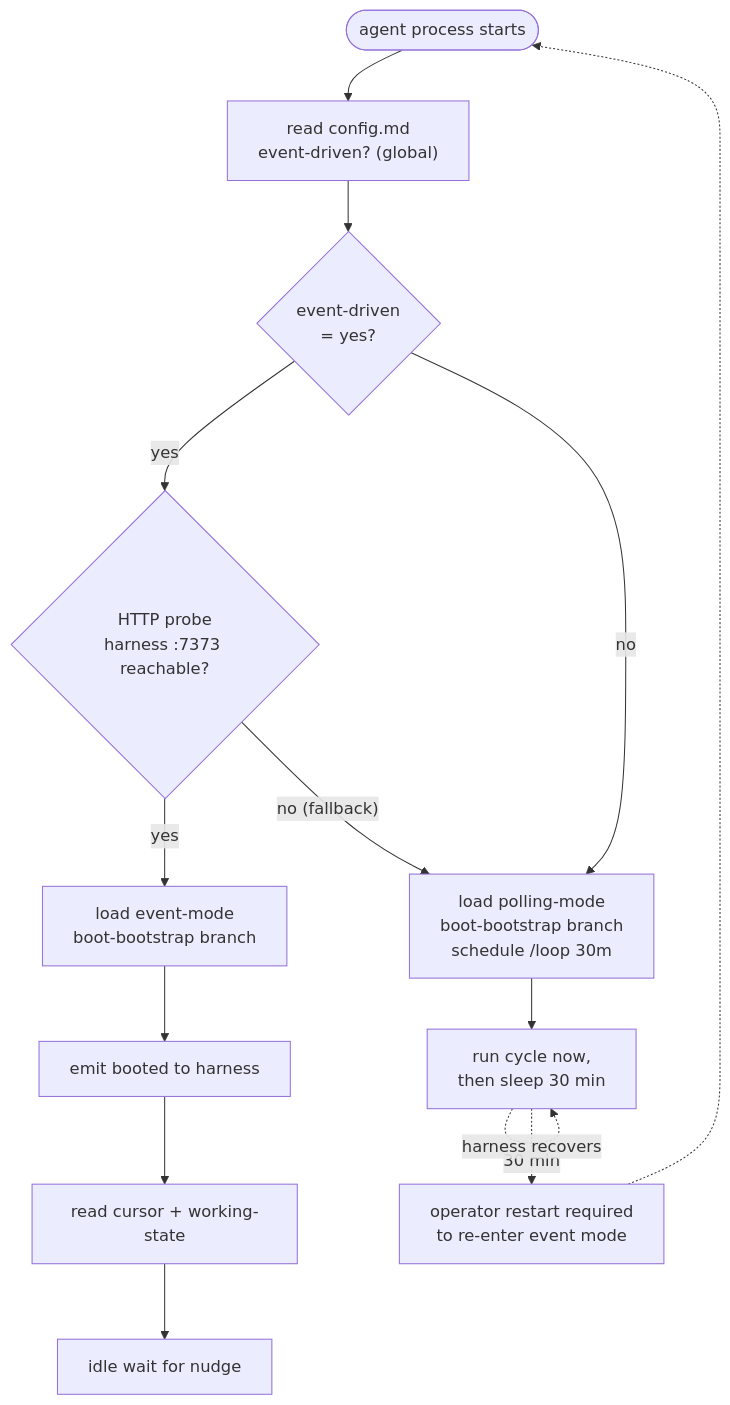
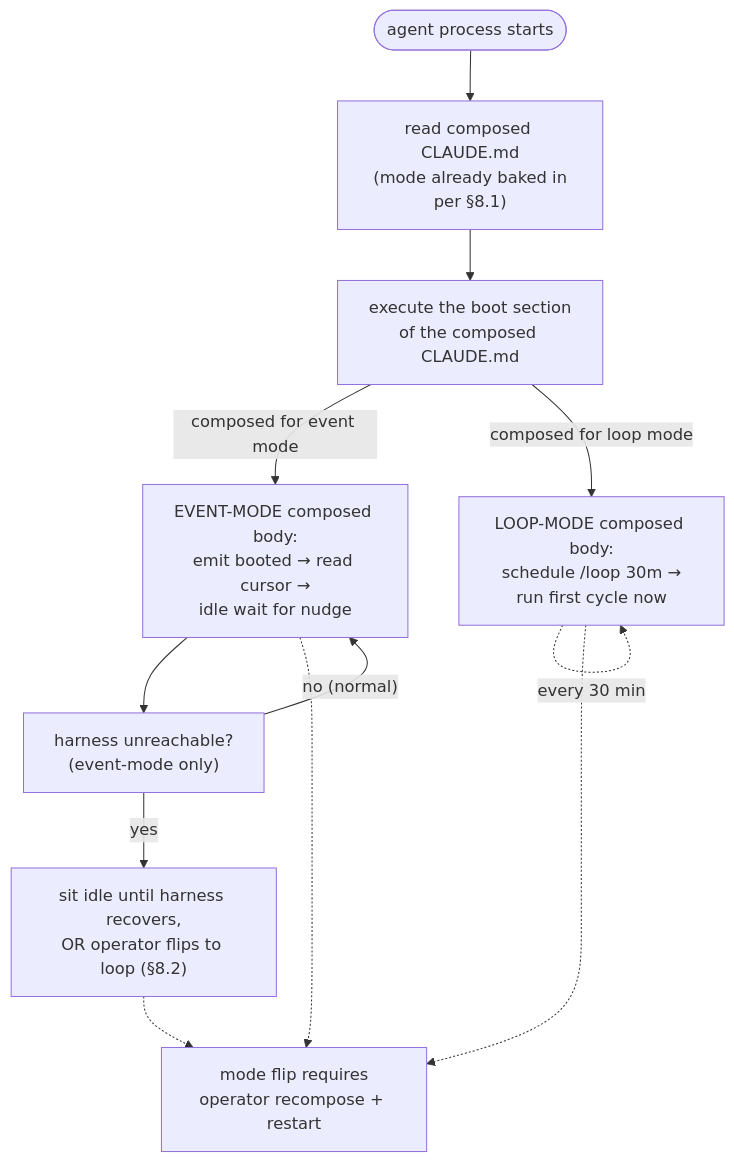
One commit to WallyDoodlez/SquidSquad changed diagram 16 of 16 in docs/AGENT-RUNTIME.md. Above: the diagram before and after it, drawn with Mermaid. The commit also changed other lines of this file and 2 other files, not shown here.

````diff
--- a/docs/AGENT-RUNTIME.md
+++ b/docs/AGENT-RUNTIME.md
@@ -1028,23 +1044,22 @@
 ```mermaid
 flowchart TD
     Start([agent process starts])
-    ReadConfig["read config.md<br/>event-driven? (global)"]
-    ConfigGate{event-driven<br/>= yes?}
-    Probe{HTTP probe<br/>harness :7373 reachable?}
-    LoadEvent[load event-mode<br/>boot-bootstrap branch]
-    LoadPoll["load polling-mode<br/>boot-bootstrap branch<br/>schedule /loop 30m"]
-    EmitBoot["emit booted to harness"]
-    ReadCursor["read cursor + working-state"]
-    Idle["idle wait for nudge"]
-    PollLoop["run cycle now,<br/>then sleep 30 min"]
-    OpRestart["operator restart required<br/>to re-enter event mode"]
+    ReadComposed["read composed CLAUDE.md<br/>(mode already baked in<br/>per §8.1)"]
+    BootSteps["execute the boot section<br/>of the composed CLAUDE.md"]
+    EventPath["EVENT-MODE composed body:<br/>emit booted → read cursor →<br/>idle wait for nudge"]
+    PollPath["LOOP-MODE composed body:<br/>schedule /loop 30m →<br/>run first cycle now"]
+    HarnessDown["harness unreachable?<br/>(event-mode only)"]
+    IdleStable["sit idle until harness recovers,<br/>OR operator flips to loop (§8.2)"]
+    OpRestart["mode flip requires<br/>operator recompose + restart"]
 
-    Start --> ReadConfig --> ConfigGate
-    ConfigGate -->|"yes"| Probe
-    ConfigGate -->|"no"| LoadPoll
-    Probe -->|"yes"| LoadEvent --> EmitBoot --> ReadCursor --> Idle
-    Probe -->|"no (fallback)"| LoadPoll
-    LoadPoll --> PollLoop
-    PollLoop -.->|"30 min"| PollLoop
-    PollLoop -.->|"harness recovers"| OpRestart -.-> Start
+    Start --> ReadComposed --> BootSteps
+    BootSteps -->|composed for event mode| EventPath
+    BootSteps -->|composed for loop mode| PollPath
+    EventPath --> HarnessDown
+    HarnessDown -->|"no (normal)"| EventPath
+    HarnessDown -->|"yes"| IdleStable
+    PollPath -.->|every 30 min| PollPath
+    EventPath -.-> OpRestart
+    PollPath -.-> OpRestart
+    IdleStable -.-> OpRestart
 ```
````
